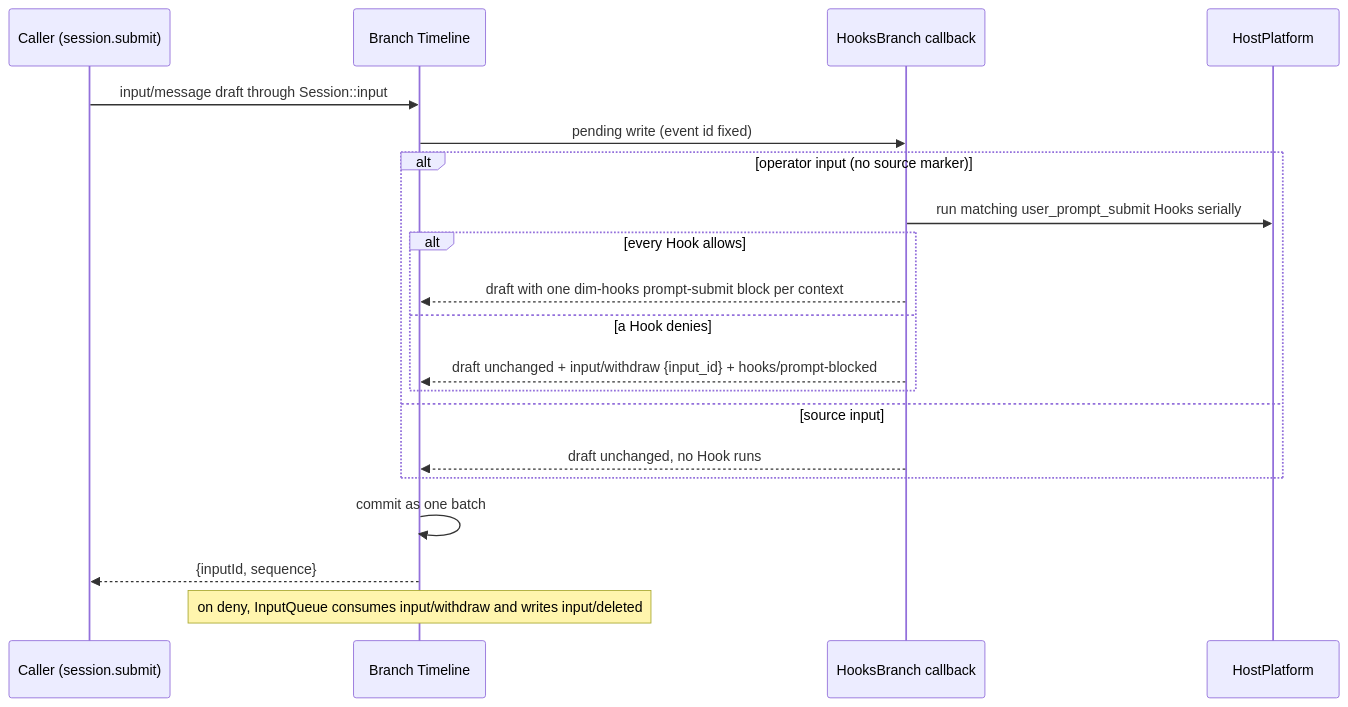
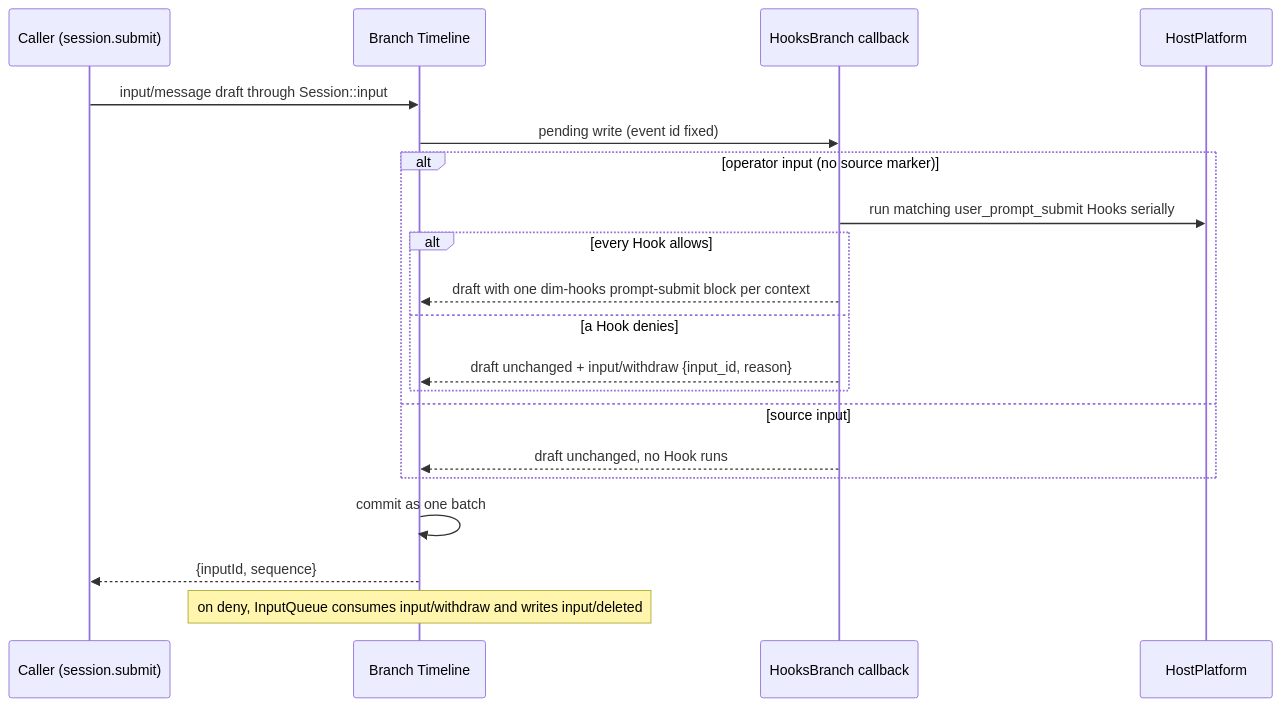
One commit to CoutinhoTTS/dim-agent changed the fourth of 7 diagrams in docs/design/plugins/Hooks.md. Above: the diagram before and after it, drawn with Mermaid. The commit also changed other lines of this file and 42 other files, not shown here.

````diff
--- a/docs/design/plugins/Hooks.md
+++ b/docs/design/plugins/Hooks.md
@@ -101,22 +104,22 @@
 ```mermaid
 sequenceDiagram
   participant C as Caller (session.submit)
   participant TL as Branch Timeline
   participant HB as HooksBranch callback
   participant HP as HostPlatform
   C->>TL: input/message draft through Session::input
   TL->>HB: pending write (event id fixed)
   alt operator input (no source marker)
     HB->>HP: run matching user_prompt_submit Hooks serially
     alt every Hook allows
       HB-->>TL: draft with one dim-hooks prompt-submit block per context
     else a Hook denies
-      HB-->>TL: draft unchanged + input/withdraw {input_id} + hooks/prompt-blocked
+      HB-->>TL: draft unchanged + input/withdraw {input_id, reason}
     end
   else source input
     HB-->>TL: draft unchanged, no Hook runs
   end
   TL->>TL: commit as one batch
   TL-->>C: {inputId, sequence}
   Note over TL: on deny, InputQueue consumes input/withdraw and writes input/deleted
 ```
````
